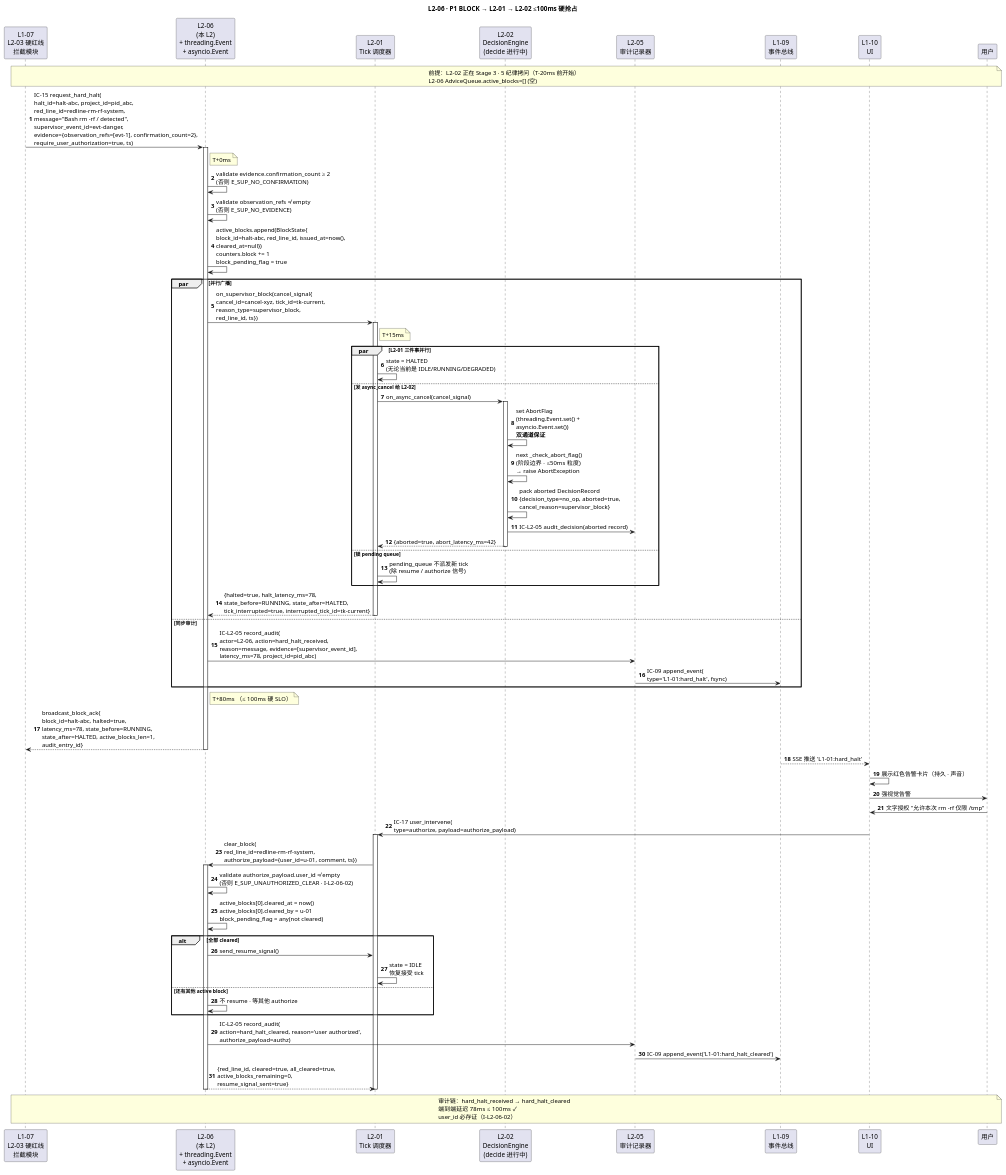
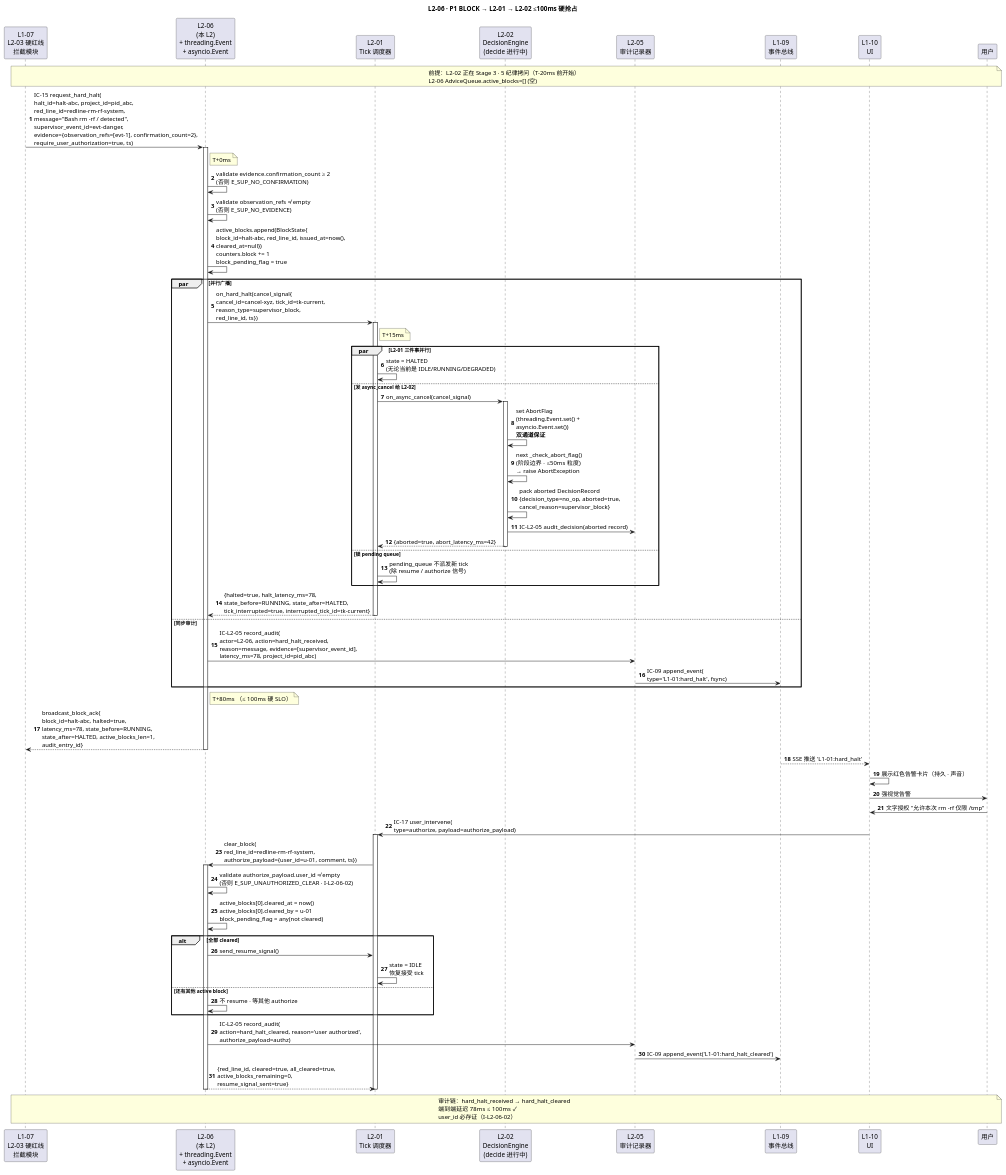
The third of 6 diagrams in docs/3-1-Solution-Technical/L1-01-主 Agent 决策循环/L2-06-Supervisor 建议接收器.md (tianyiwxgm-netizen/harnessFlow), drawn with PlantUML before and after one commit. The commit also changed other lines of this file and 1 other file, not shown here.

Commit message:
fix(harnessFlow): R2.7 统一 L2-06 调用名 on_hard_halt + L2-02 status 修正

````diff
--- a/docs/3-1-Solution-Technical/L1-01-主 Agent 决策循环/L2-06-Supervisor 建议接收器.md
+++ b/docs/3-1-Solution-Technical/L1-01-主 Agent 决策循环/L2-06-Supervisor 建议接收器.md
@@ -762,76 +762,76 @@
 ```plantuml
 @startuml
 title L2-06 · P1 BLOCK → L2-01 → L2-02 ≤100ms 硬抢占
 autonumber
 participant "L1-07\nL2-03 硬红线\n拦截模块" as L703
 participant "L2-06\n(本 L2)\n+ threading.Event\n+ asyncio.Event" as L206
 participant "L2-01\nTick 调度器" as L201
 participant "L2-02\nDecisionEngine\n(decide 进行中)" as L202
 participant "L2-05\n审计记录器" as L205
 participant "L1-09\n事件总线" as L109
 participant "L1-10\nUI" as L110
 participant "用户" as USER
 
 note over L703, USER : 前提：L2-02 正在 Stage 3 · 5 纪律拷问（T-20ms 前开始）\nL2-06 AdviceQueue.active_blocks=[] (空)
 
 L703 -> L206 : IC-15 request_hard_halt(\nhalt_id=halt-abc, project_id=pid_abc,\nred_line_id=redline-rm-rf-system,\nmessage="Bash rm -rf / detected",\nsupervisor_event_id=evt-danger,\nevidence={observation_refs=[evt-1], confirmation_count=2},\nrequire_user_authorization=true, ts)
 activate L206
 note right of L206 : T+0ms
 L206 -> L206 : validate evidence.confirmation_count ≥ 2\n(否则 E_SUP_NO_CONFIRMATION)
 L206 -> L206 : validate observation_refs ≠ empty\n(否则 E_SUP_NO_EVIDENCE)
 L206 -> L206 : active_blocks.append(BlockState{\nblock_id=halt-abc, red_line_id, issued_at=now(),\ncleared_at=null})\ncounters.block += 1\nblock_pending_flag = true
 
 par 并行广播
-  L206 -> L201 : on_supervisor_block(cancel_signal{\ncancel_id=cancel-xyz, tick_id=tk-current,\nreason_type=supervisor_block,\nred_line_id, ts})
+  L206 -> L201 : on_hard_halt(cancel_signal{\ncancel_id=cancel-xyz, tick_id=tk-current,\nreason_type=supervisor_block,\nred_line_id, ts})
   note right of L201 : T+15ms
   activate L201
   par L2-01 三件事并行
     L201 -> L201 : state = HALTED\n(无论当前是 IDLE/RUNNING/DEGRADED)
   else 发 async_cancel 给 L2-02
     L201 -> L202 : on_async_cancel(cancel_signal)
     activate L202
     L202 -> L202 : set AbortFlag\n(threading.Event.set() +\nasyncio.Event.set())\n**双通道保证**
     L202 -> L202 : next _check_abort_flag()\n(阶段边界 · ≤50ms 粒度)\n→ raise AbortException
     L202 -> L202 : pack aborted DecisionRecord\n{decision_type=no_op, aborted=true,\ncancel_reason=supervisor_block}
     L202 -> L205 : IC-L2-05 audit_decision(aborted record)
     L202 --> L201 : {aborted=true, abort_latency_ms=42}
     deactivate L202
   else 锁 pending queue
     L201 -> L201 : pending_queue 不派发新 tick\n(除 resume / authorize 信号)
   end
   L201 --> L206 : {halted=true, halt_latency_ms=78,\nstate_before=RUNNING, state_after=HALTED,\ntick_interrupted=true, interrupted_tick_id=tk-current}
   deactivate L201
 else 同步审计
   L206 -> L205 : IC-L2-05 record_audit(\nactor=L2-06, action=hard_halt_received,\nreason=message, evidence=[supervisor_event_id],\nlatency_ms=78, project_id=pid_abc)
   L205 -> L109 : IC-09 append_event(\ntype='L1-01:hard_halt', fsync)
 end
 
 note right of L206 : T+80ms （≤ 100ms 硬 SLO）
 L206 --> L703 : broadcast_block_ack{\nblock_id=halt-abc, halted=true,\nlatency_ms=78, state_before=RUNNING,\nstate_after=HALTED, active_blocks_len=1,\naudit_entry_id}
 deactivate L206
 
 L109 --> L110 : SSE 推送 'L1-01:hard_halt'
 L110 -> L110 : 展示红色告警卡片（持久 · 声音）
 L110 -> USER : 强视觉告警
 USER -> L110 : 文字授权 "允许本次 rm -rf 仅限 /tmp"
 L110 -> L201 : IC-17 user_intervene(\ntype=authorize, payload=authorize_payload)
 activate L201
 L201 -> L206 : clear_block(\nred_line_id=redline-rm-rf-system,\nauthorize_payload={user_id=u-01, comment, ts})
 activate L206
 L206 -> L206 : validate authorize_payload.user_id ≠ empty\n(否则 E_SUP_UNAUTHORIZED_CLEAR · I-L2-06-02)
 L206 -> L206 : active_blocks[0].cleared_at = now()\nactive_blocks[0].cleared_by = u-01\nblock_pending_flag = any(not cleared)
 alt 全部 cleared
   L206 -> L201 : send_resume_signal()
   L201 -> L201 : state = IDLE\n恢复接受 tick
 else 还有其他 active block
   L206 -> L206 : 不 resume · 等其他 authorize
 end
 L206 -> L205 : IC-L2-05 record_audit(\naction=hard_halt_cleared, reason='user authorized',\nauthorize_payload=authz)
 L205 -> L109 : IC-09 append_event('L1-01:hard_halt_cleared')
 L206 --> L201 : {red_line_id, cleared=true, all_cleared=true,\nactive_blocks_remaining=0,\nresume_signal_sent=true}
 deactivate L206
 deactivate L201
 
 note over L703, USER : 审计链：hard_halt_received → hard_halt_cleared\n端到端延迟 78ms ≤ 100ms ✓\nuser_id 必存证（I-L2-06-02）
 @enduml
 ```
````
